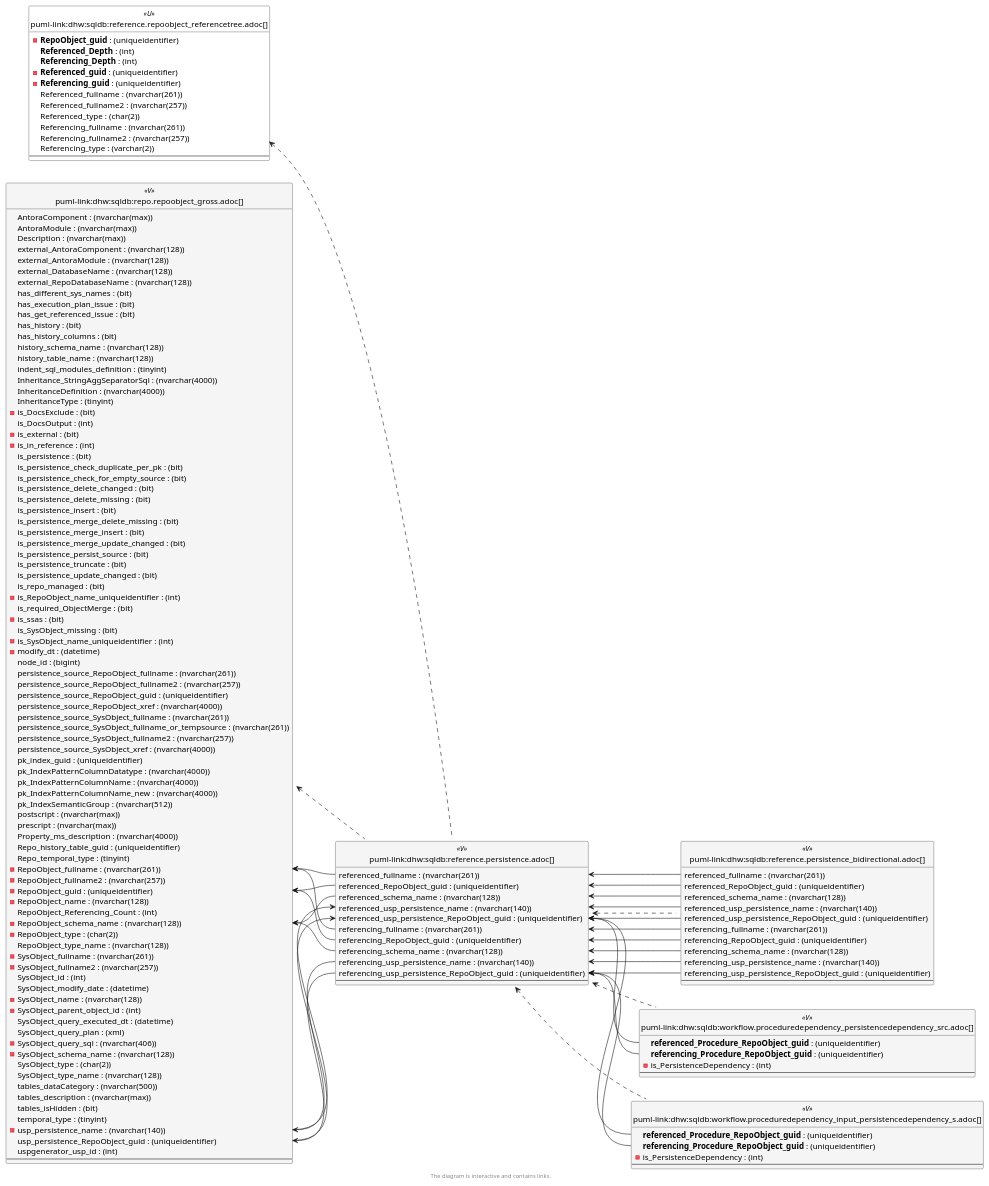
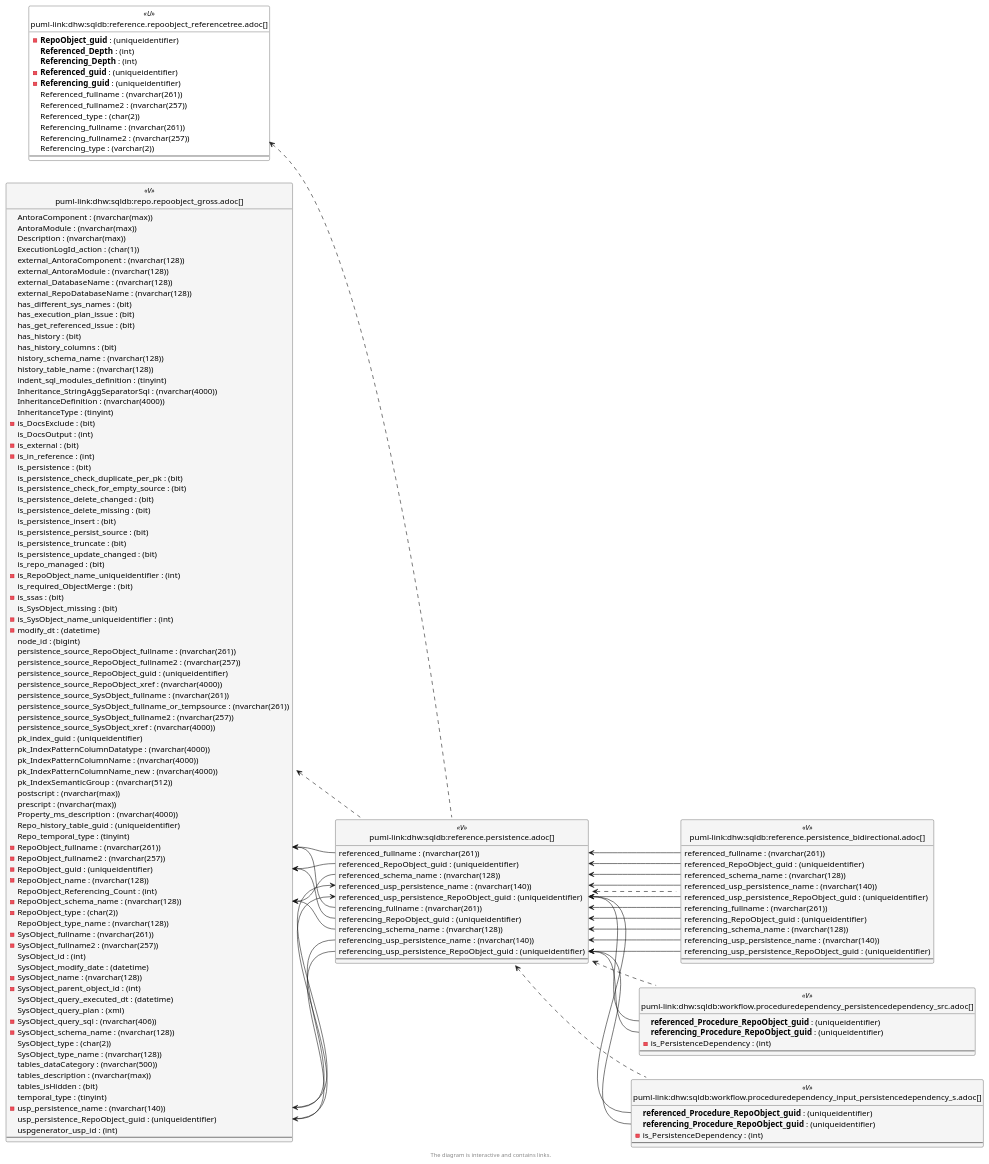
Before and after one commit to DataHandwerk/dhw-antora-sqldb: the sixth of 6 diagrams in docs/modules/sqldb/partials/content/reference.persistence.adoc, drawn with PlantUML. The commit also changed other lines of this file and 751 other files, not shown here.

```diff
--- a/docs/modules/sqldb/partials/content/reference.persistence.adoc
+++ b/docs/modules/sqldb/partials/content/reference.persistence.adoc
@@ -2017,6 +2027,7 @@
   AntoraComponent : (nvarchar(max))
   AntoraModule : (nvarchar(max))
   Description : (nvarchar(max))
+  ExecutionLogId_action : (char(1))
   external_AntoraComponent : (nvarchar(128))
   external_AntoraModule : (nvarchar(128))
   external_DatabaseName : (nvarchar(128))
@@ -2042,9 +2053,6 @@
   is_persistence_delete_changed : (bit)
   is_persistence_delete_missing : (bit)
   is_persistence_insert : (bit)
-  is_persistence_merge_delete_missing : (bit)
-  is_persistence_merge_insert : (bit)
-  is_persistence_merge_update_changed : (bit)
   is_persistence_persist_source : (bit)
   is_persistence_truncate : (bit)
   is_persistence_update_changed : (bit)
@@ -2141,12 +2149,12 @@
 "repo.RepoObject_gross::RepoObject_fullname" <-- "reference.Persistence::referenced_fullname"
 "repo.RepoObject_gross::RepoObject_guid" <-- "reference.Persistence::referencing_RepoObject_guid"
 "repo.RepoObject_gross::RepoObject_guid" <-- "reference.Persistence::referenced_RepoObject_guid"
+"repo.RepoObject_gross::RepoObject_schema_name" <-- "reference.Persistence::referencing_schema_name"
 "repo.RepoObject_gross::RepoObject_schema_name" <-- "reference.Persistence::referenced_schema_name"
-"repo.RepoObject_gross::RepoObject_schema_name" <-- "reference.Persistence::referencing_schema_name"
+"repo.RepoObject_gross::usp_persistence_name" <-- "reference.Persistence::referenced_usp_persistence_name"
 "repo.RepoObject_gross::usp_persistence_name" <-- "reference.Persistence::referencing_usp_persistence_name"
-"repo.RepoObject_gross::usp_persistence_name" <-- "reference.Persistence::referenced_usp_persistence_name"
+"repo.RepoObject_gross::usp_persistence_RepoObject_guid" <-- "reference.Persistence::referencing_usp_persistence_RepoObject_guid"
 "repo.RepoObject_gross::usp_persistence_RepoObject_guid" <-- "reference.Persistence::referenced_usp_persistence_RepoObject_guid"
-"repo.RepoObject_gross::usp_persistence_RepoObject_guid" <-- "reference.Persistence::referencing_usp_persistence_RepoObject_guid"
 
 footer The diagram is interactive and contains links.
 
```
